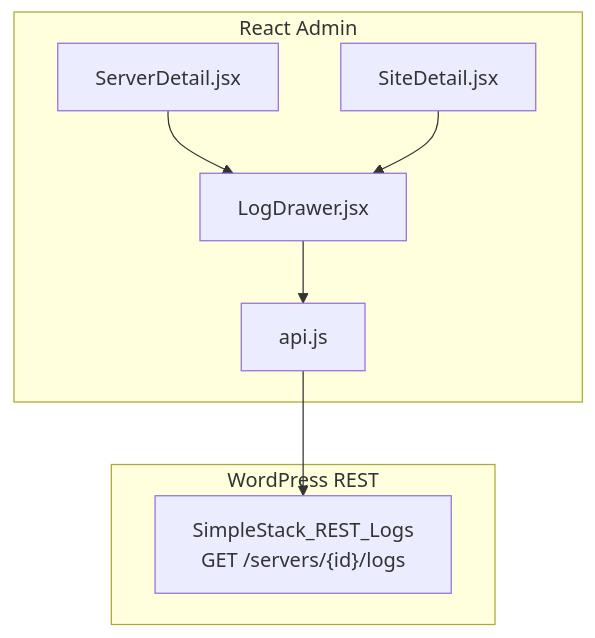
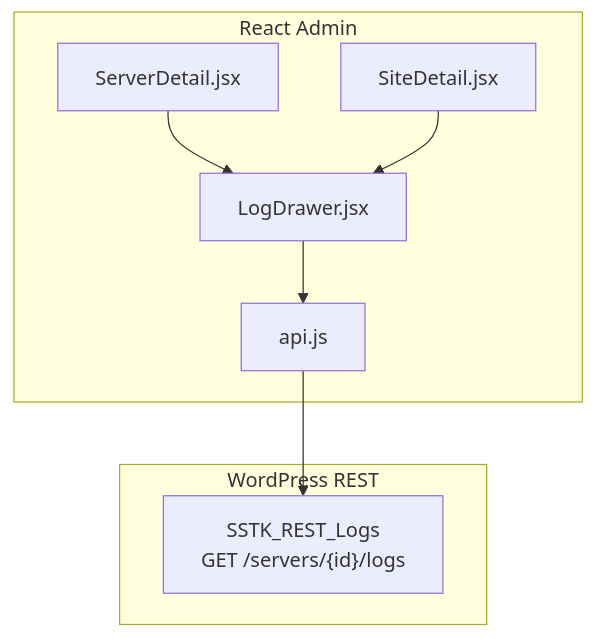
The first of 5 diagrams in .qoder/repowiki/en/content/React Admin Interface/UI Components Library/LogDrawer Component.md (onedogsolutions/simple-stack), drawn with Mermaid before and after one commit. The commit also changed other lines of this file and 5941 other files, not shown here.

First line of the commit message:
refactor(core): rebrand WPCloudDeploy to Simple Stack with new namespaces and prefixes

````diff
--- a/.qoder/repowiki/en/content/React Admin Interface/UI Components Library/LogDrawer Component.md
+++ b/.qoder/repowiki/en/content/React Admin Interface/UI Components Library/LogDrawer Component.md
@@ -42,16 +42,16 @@
 ```mermaid
 graph TB
 subgraph "React Admin"
 SD["ServerDetail.jsx"]
 SID["SiteDetail.jsx"]
 LD["LogDrawer.jsx"]
 API["api.js"]
 end
 subgraph "WordPress REST"
-RLOG["SimpleStack_REST_Logs<br/>GET /servers/{id}/logs"]
+RLOG["SSTK_REST_Logs<br/>GET /servers/{id}/logs"]
 end
 SD --> LD
 SID --> LD
 LD --> API
 API --> RLOG
 ```
````
